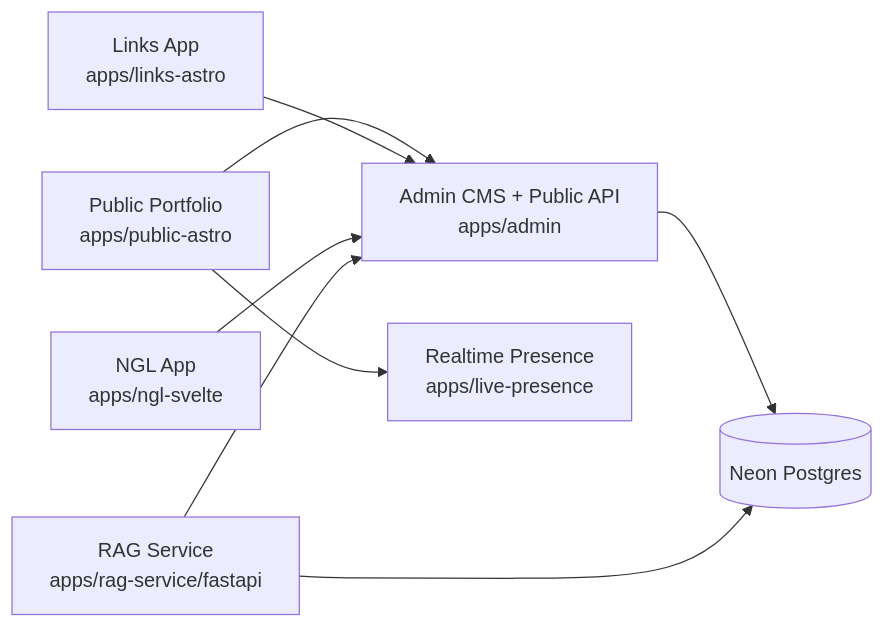
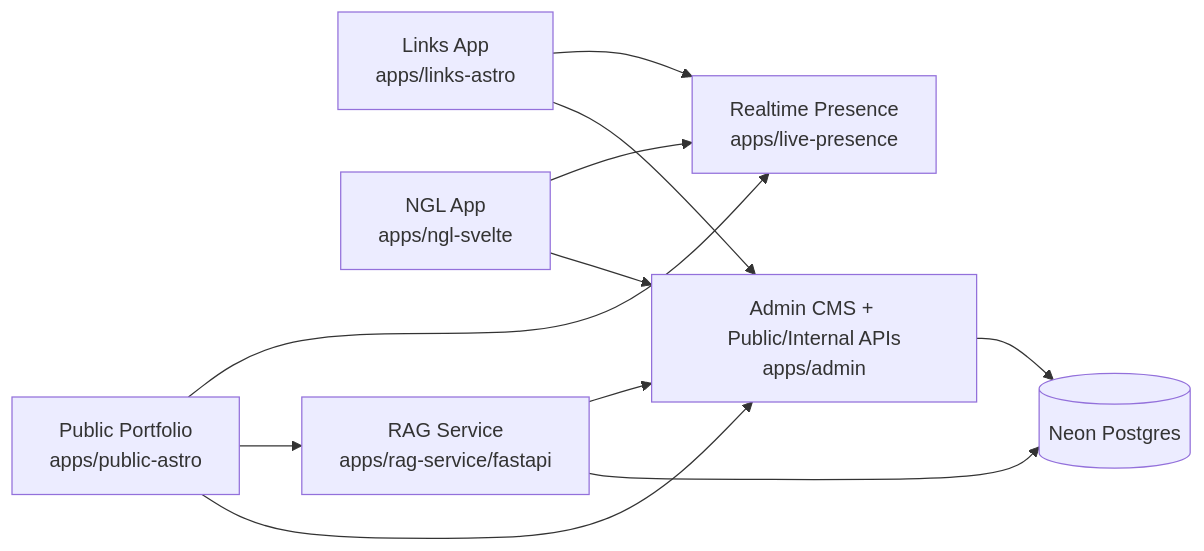
The diagram in README.md (naufalrf4/portfolio-nopal), drawn with Mermaid before and after one commit. The commit also changed other lines of this file and 3 other files, not shown here.

````diff
--- a/README.md
+++ b/README.md
@@ -19,18 +26,21 @@
 ```mermaid
 flowchart LR
     Public[Public Portfolio\napps/public-astro]
     Links[Links App\napps/links-astro]
     NGL[NGL App\napps/ngl-svelte]
-    Admin[Admin CMS + Public API\napps/admin]
+    Admin[Admin CMS + Public/Internal APIs\napps/admin]
     Presence[Realtime Presence\napps/live-presence]
     RAG[RAG Service\napps/rag-service/fastapi]
     DB[(Neon Postgres)]
 
     Public --> Admin
     Links --> Admin
     NGL --> Admin
+    Public --> RAG
     Public --> Presence
+    Links --> Presence
+    NGL --> Presence
     Admin --> DB
     RAG --> DB
     RAG --> Admin
 ```
````
